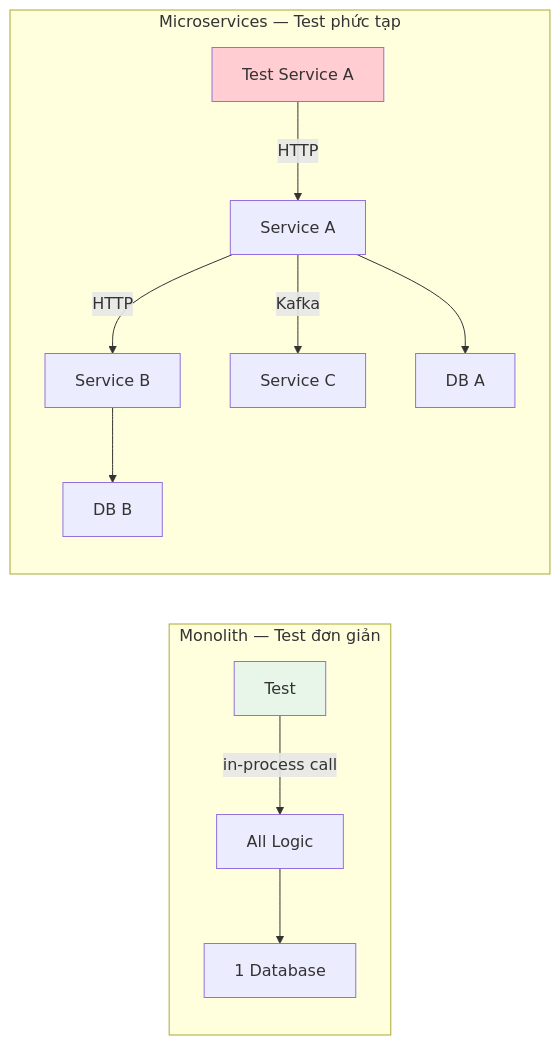
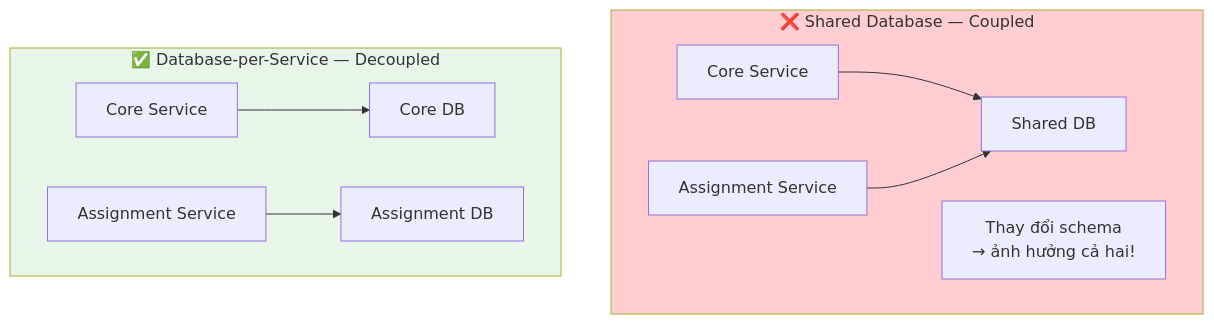
Before and after one commit to hungdn1701/ptit-microservice-textbook: the third of 11 diagrams in manuscript/chapter-10.md, drawn with Mermaid. The commit also changed other lines of this file and 31 other files, not shown here.

````diff
--- a/manuscript/chapter-10.md
+++ b/manuscript/chapter-10.md
@@ -28,18 +166,16 @@
 ```mermaid
-graph LR
-    subgraph Monolith["Monolith — Test đơn giản"]
-        T1["Test"] -->|"in-process call"| SVC["All Logic"]
-        SVC --> DB1["1 Database"]
+graph TB
+    subgraph Coupled["❌ Shared Database — Coupled"]
+        SA["Core Service"] --> DB["Shared DB"]
+        SB["Assignment Service"] --> DB
+        Note["Thay đổi schema\n→ ảnh hưởng cả hai!"]
     end
     
-    subgraph MS["Microservices — Test phức tạp"]
-        T2["Test Service A"] -->|"HTTP"| SA["Service A"]
-        SA -->|"HTTP"| SB["Service B"]
-        SA -->|"Kafka"| SC["Service C"]
-        SA --> DB2["DB A"]
-        SB --> DB3["DB B"]
+    subgraph Decoupled["✅ Database-per-Service — Decoupled"]
+        SC["Core Service"] --> DBA["Core DB"]
+        SD["Assignment Service"] --> DBB["Assignment DB"]
     end
     
-    style T1 fill:#E8F5E9
-    style T2 fill:#FFCDD2
+    style Coupled fill:#FFCDD2
+    style Decoupled fill:#E8F5E9
 ```
````
